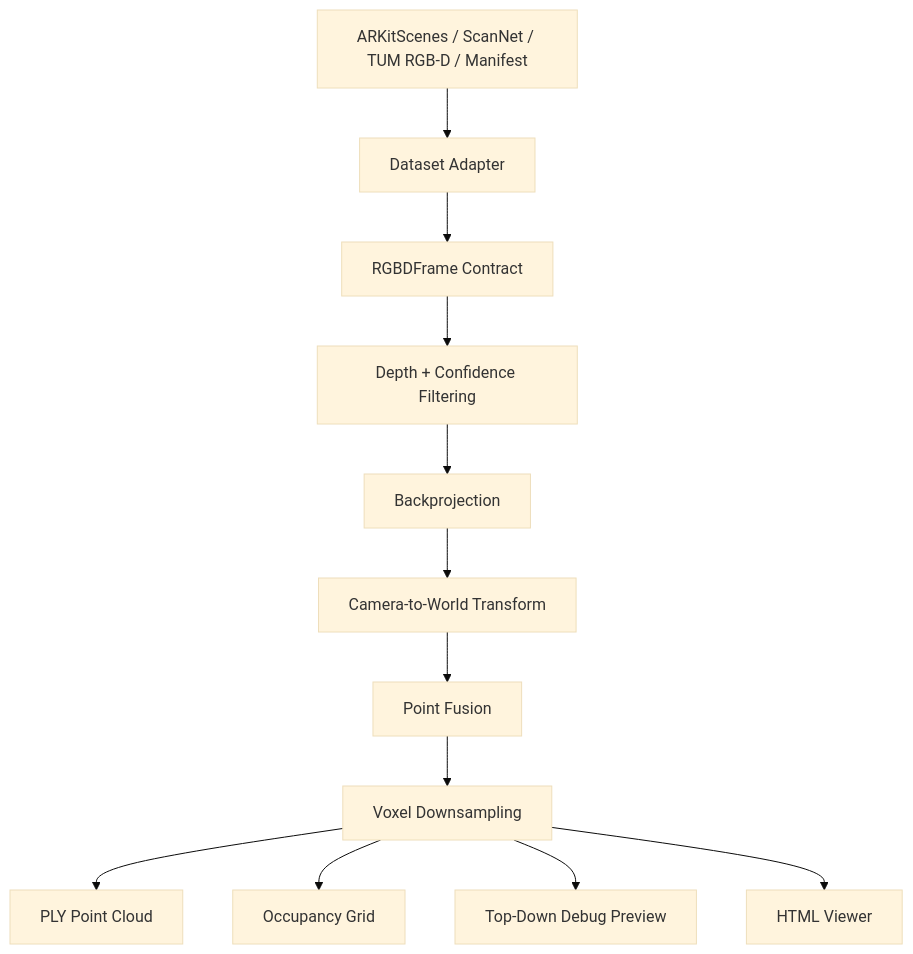
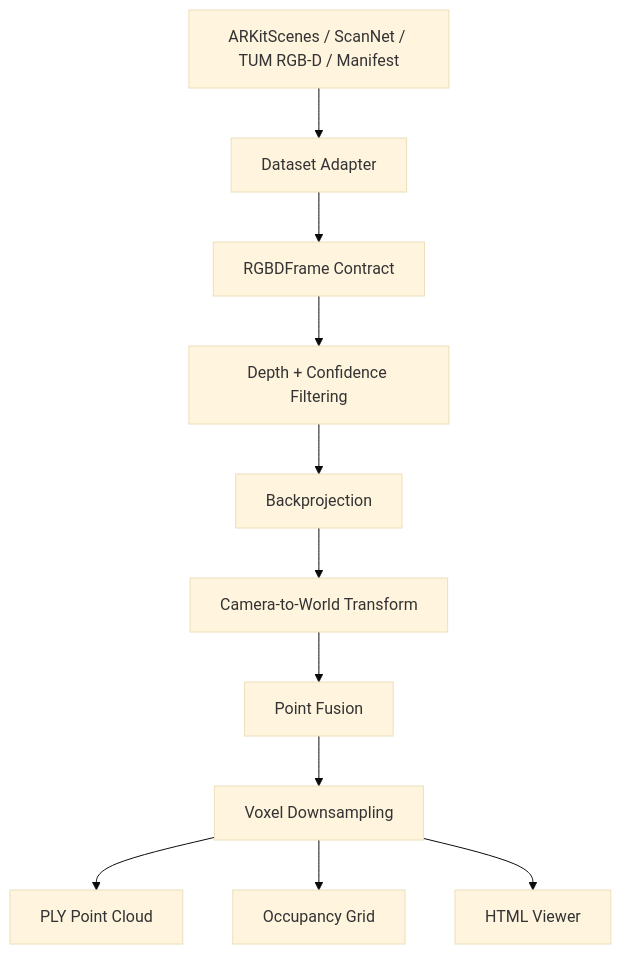
One commit to rcprobe/3DScape changed the diagram in README.md. Above: the diagram before and after it, drawn with Mermaid (base theme). The commit also changed other lines of this file, not shown here.

````diff
--- a/README.md
+++ b/README.md
@@ -100,14 +100,13 @@
 ```mermaid
 flowchart TD
     A["ARKitScenes / ScanNet / TUM RGB-D / Manifest"] --> B["Dataset Adapter"]
     B --> C["RGBDFrame Contract"]
     C --> D["Depth + Confidence Filtering"]
     D --> E["Backprojection"]
     E --> F["Camera-to-World Transform"]
     F --> G["Point Fusion"]
     G --> H["Voxel Downsampling"]
     H --> I["PLY Point Cloud"]
     H --> J["Occupancy Grid"]
-    H --> K["Top-Down Debug Preview"]
-    H --> L["HTML Viewer"]
+    H --> K["HTML Viewer"]
 ```
````
